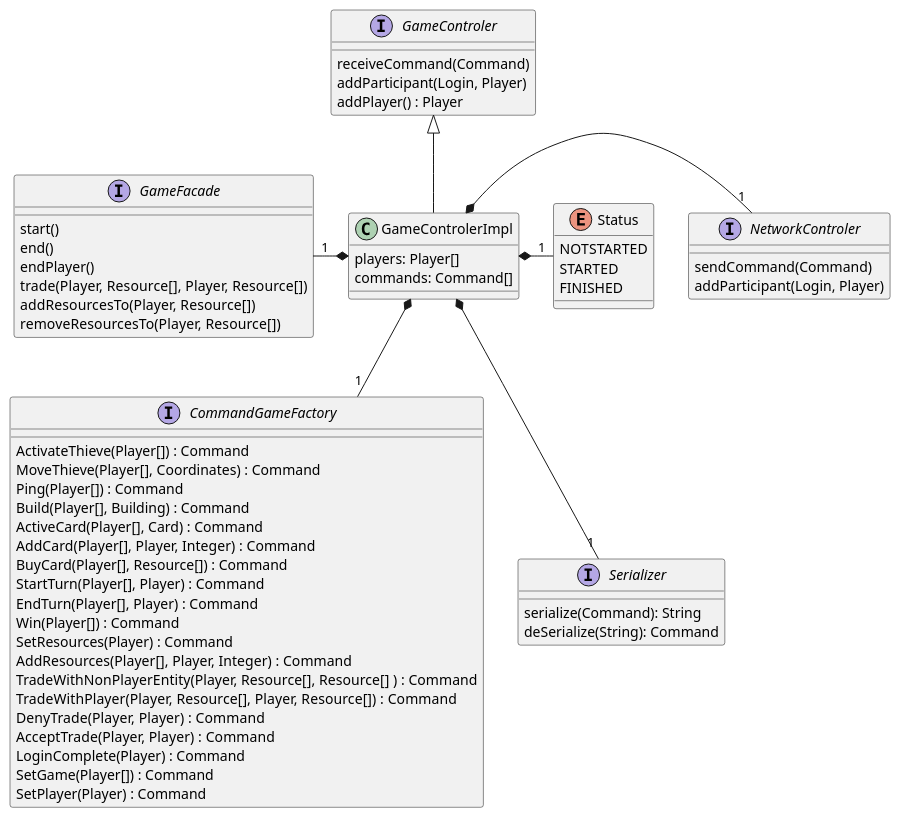
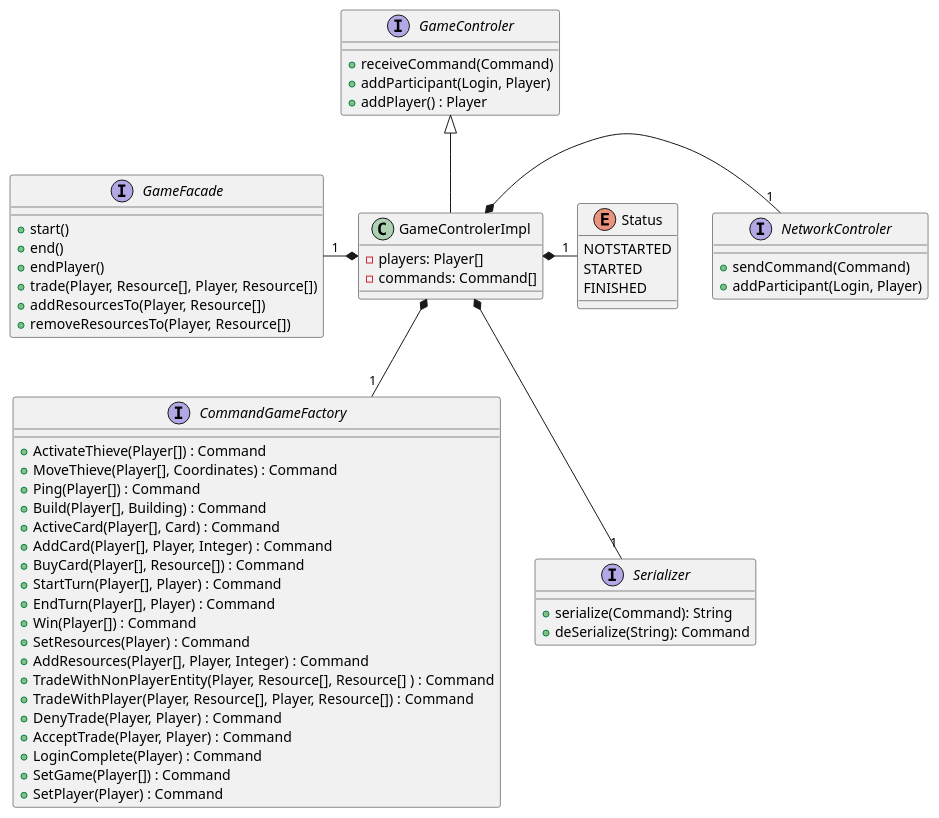
The diagram in catan-doc/modules/conception/pages/classDiagramGameControlerServer.plantuml (theray1/Les-Colons-De-Catane), drawn with PlantUML before and after one commit. The commit also changed 4 other files, not shown here.

```diff
--- a/catan-doc/modules/conception/pages/classDiagramGameControlerServer.plantuml
+++ b/catan-doc/modules/conception/pages/classDiagramGameControlerServer.plantuml
@@ -1,65 +1,65 @@
 @startuml
 interface GameControler {
-    receiveCommand(Command)
-    addParticipant(Login, Player)
-    addPlayer() : Player
+    +receiveCommand(Command)
+    +addParticipant(Login, Player)
+    +addPlayer() : Player
 }
 
 class GameControlerImpl{
-    players: Player[]
-    commands: Command[]
+    -players: Player[]
+    -commands: Command[]
 }
 interface CommandGameFactory {
-	ActivateThieve(Player[]) : Command
-	MoveThieve(Player[], Coordinates) : Command
-	Ping(Player[]) : Command
-	Build(Player[], Building) : Command
-	ActiveCard(Player[], Card) : Command
-	AddCard(Player[], Player, Integer) : Command
-	BuyCard(Player[], Resource[]) : Command
-	StartTurn(Player[], Player) : Command
-	EndTurn(Player[], Player) : Command
-	Win(Player[]) : Command
-	SetResources(Player) : Command
-	AddResources(Player[], Player, Integer) : Command
-	TradeWithNonPlayerEntity(Player, Resource[], Resource[] ) : Command
-	TradeWithPlayer(Player, Resource[], Player, Resource[]) : Command
-	DenyTrade(Player, Player) : Command
-	AcceptTrade(Player, Player) : Command
-	LoginComplete(Player) : Command
-	SetGame(Player[]) : Command
-	SetPlayer(Player) : Command
+	+ActivateThieve(Player[]) : Command
+	+MoveThieve(Player[], Coordinates) : Command
+	+Ping(Player[]) : Command
+	+Build(Player[], Building) : Command
+	+ActiveCard(Player[], Card) : Command
+	+AddCard(Player[], Player, Integer) : Command
+	+BuyCard(Player[], Resource[]) : Command
+	+StartTurn(Player[], Player) : Command
+	+EndTurn(Player[], Player) : Command
+	+Win(Player[]) : Command
+	+SetResources(Player) : Command
+	+AddResources(Player[], Player, Integer) : Command
+	+TradeWithNonPlayerEntity(Player, Resource[], Resource[] ) : Command
+	+TradeWithPlayer(Player, Resource[], Player, Resource[]) : Command
+	+DenyTrade(Player, Player) : Command
+	+AcceptTrade(Player, Player) : Command
+	+LoginComplete(Player) : Command
+	+SetGame(Player[]) : Command
+	+SetPlayer(Player) : Command
 }
 interface Serializer {
-    serialize(Command): String
-    deSerialize(String): Command
+    +serialize(Command): String
+    +deSerialize(String): Command
 }
 interface NetworkControler {
-	sendCommand(Command)
-	addParticipant(Login, Player)
+	+sendCommand(Command)
+	+addParticipant(Login, Player)
 }
 
 interface GameFacade {
-	start()
-	end()
-	endPlayer()
-	trade(Player, Resource[], Player, Resource[])
-	addResourcesTo(Player, Resource[])
-	removeResourcesTo(Player, Resource[])
+	+start()
+	+end()
+	+endPlayer()
+	+trade(Player, Resource[], Player, Resource[])
+	+addResourcesTo(Player, Resource[])
+	+removeResourcesTo(Player, Resource[])
 }
 
 Enum Status{
 	NOTSTARTED
 	STARTED
 	FINISHED
 }
 
 GameControler <|-down- GameControlerImpl
 GameControlerImpl *-down- "1" CommandGameFactory
 GameControlerImpl *-right- "1" NetworkControler
 GameControlerImpl *-left- "1" GameFacade
 GameControlerImpl *-down- "1" Serializer
 GameControlerImpl *-right- "1" Status
             
             
 @enduml
```
